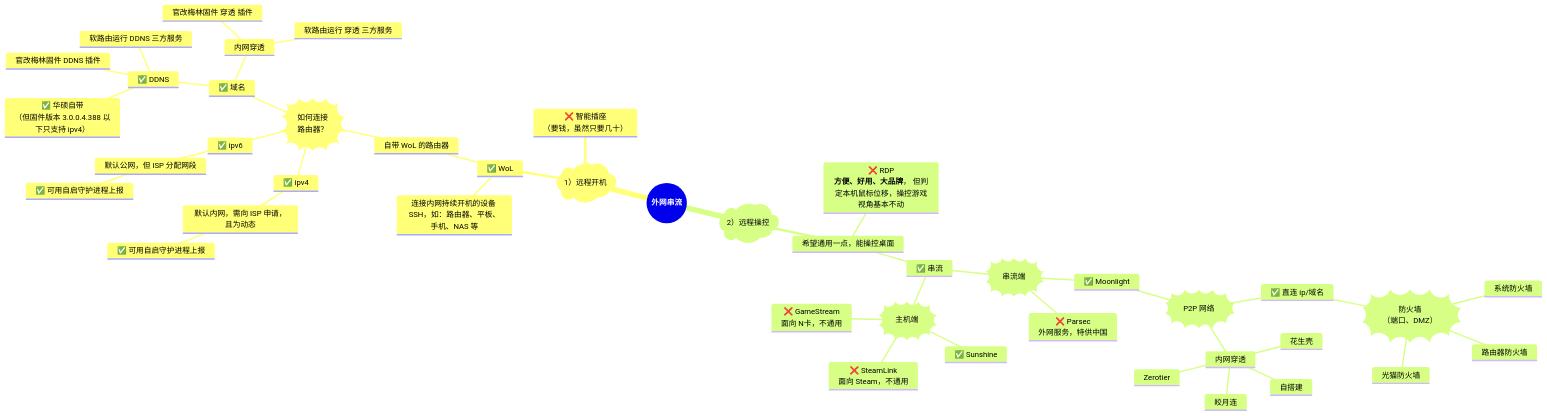
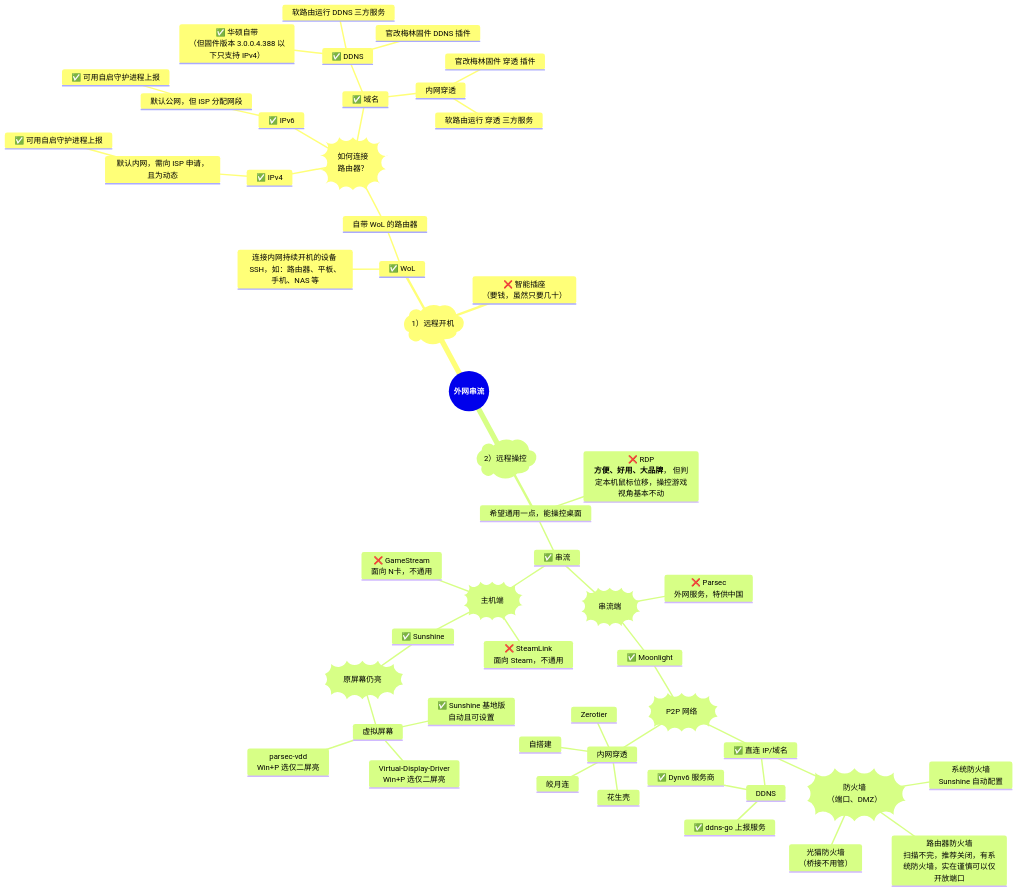
The diagram in notes/外网串流.md (Fadegentle/SelfSomething), drawn with Mermaid before and after one commit. The commit also changed other lines of this file, not shown here.

````diff
--- a/notes/外网串流.md
+++ b/notes/外网串流.md
@@ -1,46 +1,54 @@
 ```mermaid
 mindmap
   root(("`**外网串流**`"))
     )1）远程开机(
       ✅ WoL
         连接内网持续开机的设备 SSH，如：路由器、平板、手机、NAS 等
         自带 WoL 的路由器
           ))如何连接<br>路由器？((
-            ✅ ipv4
+            ✅ IPv4
               默认内网，需向 ISP 申请，且为动态
                 ✅ 可用自启守护进程上报
-            ✅ ipv6
+            ✅ IPv6
               默认公网，但 ISP 分配网段
                 ✅ 可用自启守护进程上报
             ✅ 域名
               ✅ DDNS
-                ✅ 华硕自带<br>（但固件版本 3.0.0.4.388 以下只支持 ipv4）
+                ✅ 华硕自带<br>（但固件版本 3.0.0.4.388 以下只支持 IPv4）
                 官改梅林固件 DDNS 插件
                 软路由运行 DDNS 三方服务
               内网穿透
                 官改梅林固件 穿透 插件
                 软路由运行 穿透 三方服务
       ❌ 智能插座<br>（要钱，虽然只要几十）
     )2）远程操控(
       希望通用一点，能操控桌面
         ❌ RDP<br/>**方便、好用、大品牌**， 但判定本机鼠标位移，操控游戏视角基本不动
         ✅ 串流
           ))串流端((
             ✅ Moonlight
               ))P2P 网络((
-                ✅ 直连 ip/域名
+                ✅ 直连 IP/域名
                   ))防火墙<br>（端口、DMZ）((
-                    系统防火墙
-                    路由器防火墙
-                    光猫防火墙
+                    系统防火墙<br>Sunshine 自动配置
+                    路由器防火墙<br>扫描不完，推荐关闭，有系统防火墙，实在谨慎可以仅开放端口
+                    光猫防火墙<br>（桥接不用管）
+                  DDNS
+                    ✅ Dynv6 服务商
+                    ✅ ddns-go 上报服务
                 内网穿透
                   自搭建
                   花生壳
                   皎月连
                   Zerotier
             ❌ Parsec<br>外网服务，特供中国
           ))主机端((
             ✅ Sunshine
+              ))原屏幕仍亮((
+                虚拟屏幕
+                 ✅ Sunshine 基地版<br>自动且可设置
+                 parsec-vdd<br>Win+P 选仅二屏亮
+                 Virtual-Display-Driver<br>Win+P 选仅二屏亮
             ❌ SteamLink<br>面向 Steam，不通用
             ❌ GameStream<br>面向 N卡，不通用
 ```
````
